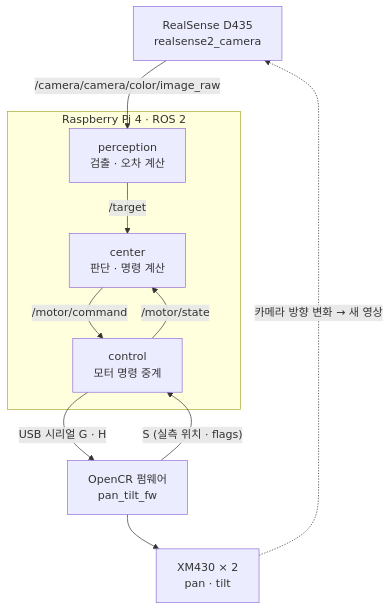
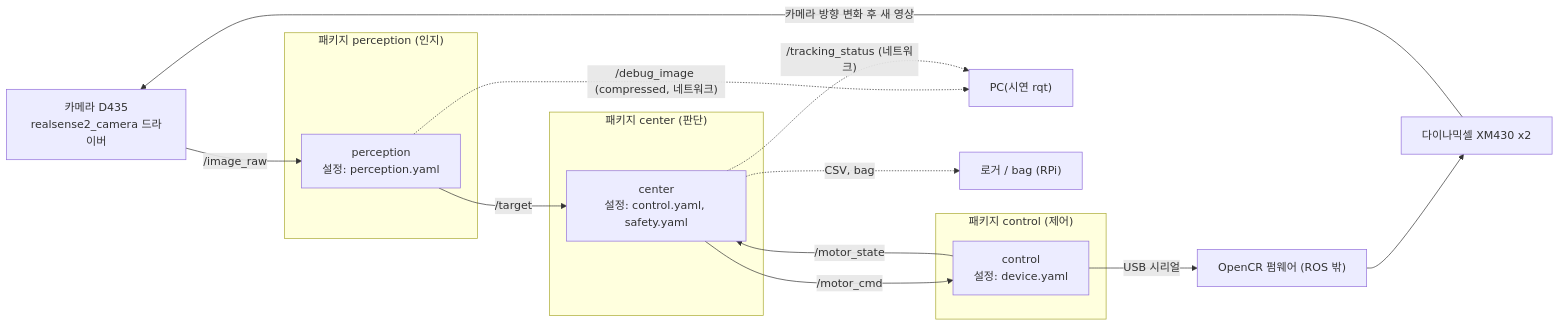
Before and after one commit to cowsjh/Lv2_Horus_Assignment: the first of 7 diagrams in lv2_module5/presentation.md, drawn with Mermaid. The commit also changed other lines of this file and 79 other files, not shown here.

````diff
--- a/lv2_module5/presentation.md
+++ b/lv2_module5/presentation.md
@@ -91,22 +48,30 @@
 ```mermaid
-flowchart TD
-  CAM["RealSense D435<br/>realsense2_camera"]
+flowchart LR
+  CAM["카메라 D435<br/>realsense2_camera 드라이버"]
 
-  subgraph RPI["Raspberry Pi 4 · ROS 2"]
-    P["perception<br/>검출 · 오차 계산"]
-    C["center<br/>판단 · 명령 계산"]
-    K["control<br/>모터 명령 중계"]
+  subgraph PKG_V["패키지 perception (인지)"]
+    P["perception<br/>설정: perception.yaml"]
+  end
+  subgraph PKG_C["패키지 center (판단)"]
+    D["center<br/>설정: control.yaml, safety.yaml"]
+  end
+  subgraph PKG_M["패키지 control (제어)"]
+    B["control<br/>설정: device.yaml"]
   end
 
-  O["OpenCR 펌웨어<br/>pan_tilt_fw"]
-  M["XM430 × 2<br/>pan · tilt"]
+  O["OpenCR 펌웨어 (ROS 밖)"]
+  M["다이나믹셀 XM430 x2"]
+  V["PC(시연 rqt)"]
+  L["로거 / bag (RPi)"]
 
-  CAM -->|"/camera/camera/color/image_raw"| P
-  P -->|"/target"| C
-  C -->|"/motor/command"| K
-  K -->|"/motor/state"| C
-  K -->|"USB 시리얼 G · H"| O
-  O -->|"S (실측 위치 · flags)"| K
+  CAM -->|"/image_raw"| P
+  P -->|"/target"| D
+  D -->|"/motor_cmd"| B
+  B -->|"/motor_state"| D
+  B -->|"USB 시리얼"| O
   O --> M
-  M -.->|"카메라 방향 변화 → 새 영상"| CAM
+  M -->|"카메라 방향 변화 후 새 영상"| CAM
+  P -.->|"/debug_image (compressed, 네트워크)"| V
+  D -.->|"/tracking_status (네트워크)"| V
+  D -.->|"CSV, bag"| L
 ```
````
